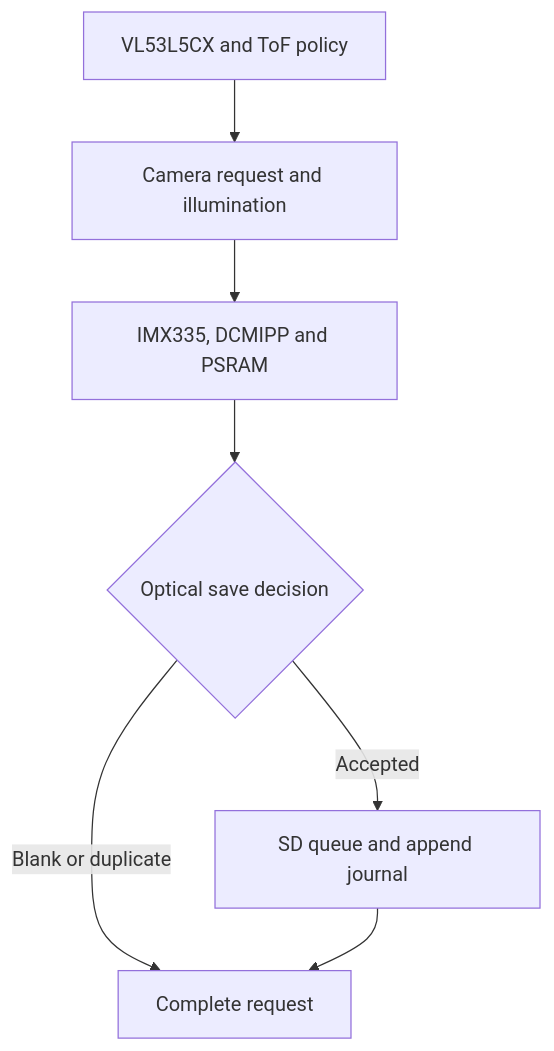
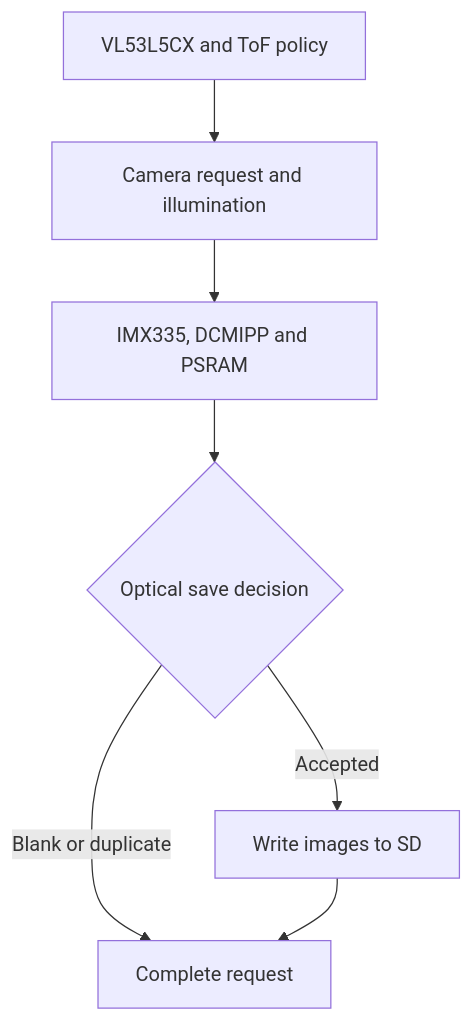
The first of 2 diagrams in docs/firmware-guide.md (SSierraAl/STM32N6_Discovery_Camera_ToF_SD), drawn with Mermaid before and after one commit. The commit also changed other lines of this file and 4 other files, not shown here.

Commit message:
Explain the MASSIF capture flow in plain English

````diff
--- a/docs/firmware-guide.md
+++ b/docs/firmware-guide.md
@@ -9,9 +9,9 @@
 ```mermaid
 flowchart TD
     ToF["VL53L5CX and ToF policy"] --> Request["Camera request and illumination"]
     Request --> DMA["IMX335, DCMIPP and PSRAM"]
     DMA --> Decision{"Optical save decision"}
-    Decision -->|Accepted| SD["SD queue and append journal"]
+    Decision -->|Accepted| SD["Write images to SD"]
     Decision -->|Blank or duplicate| Resume["Complete request"]
     SD --> Resume
 ```
````
